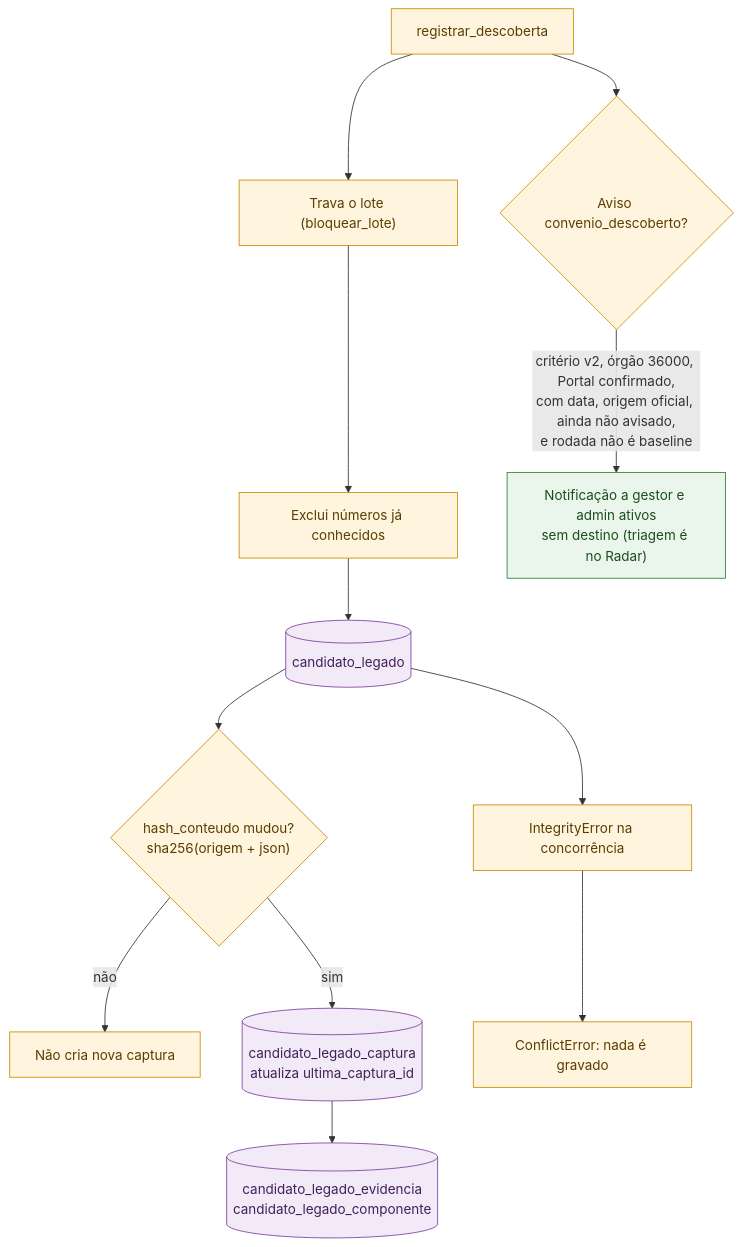
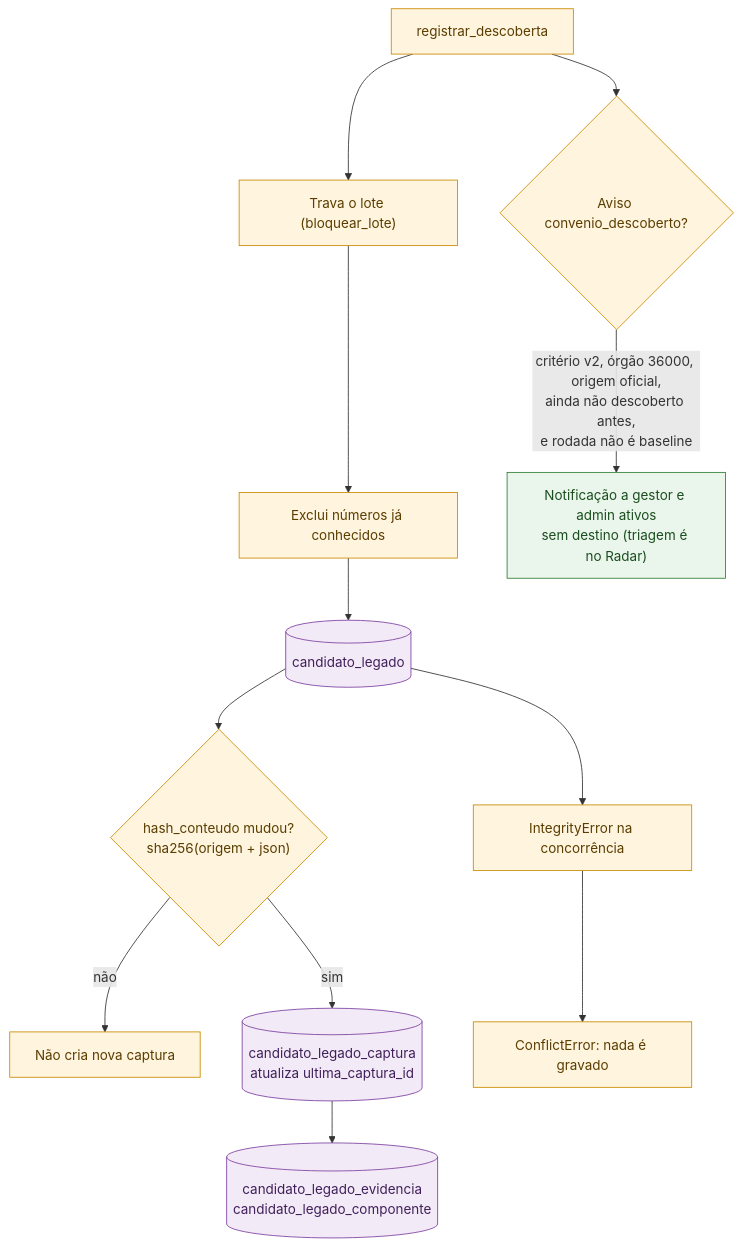
One commit to devs-ministerio/par_equipamentos changed the sixth of 20 diagrams in docs/mermaid/radar-instrumentos.md. Above: the diagram before and after it, drawn with Mermaid. The commit also changed other lines of this file and 13 other files, not shown here.

First line of the commit message:
feat(radar): candidato aparece sem esperar o Portal; aprovar segue travado

````diff
--- a/docs/mermaid/radar-instrumentos.md
+++ b/docs/mermaid/radar-instrumentos.md
@@ -155,17 +155,17 @@
 ```mermaid
 flowchart TB
     classDef dado fill:#F3EAF7,stroke:#7B3FA0,color:#40205a
     classDef regra fill:#FFF4DD,stroke:#C98A00,color:#5a3d00
     classDef aviso fill:#EAF6EC,stroke:#2E7D32,color:#1b4d1e
 
     REG["registrar_descoberta"]:::regra --> LOCK["Trava o lote (bloquear_lote)"]:::regra
     LOCK --> EXC["Exclui números já conhecidos"]:::regra
     EXC --> CAND[("candidato_legado")]:::dado
     CAND --> HASH{"hash_conteudo mudou?<br/>sha256(origem + json)"}:::regra
     HASH -->|"não"| MESMA["Não cria nova captura"]:::regra
     HASH -->|"sim"| CAP[("candidato_legado_captura<br/>atualiza ultima_captura_id")]:::dado
     CAP --> EVI[("candidato_legado_evidencia<br/>candidato_legado_componente")]:::dado
     REG --> AV{"Aviso convenio_descoberto?"}:::regra
-    AV -->|"critério v2, órgão 36000, Portal confirmado,<br/>com data, origem oficial, ainda não avisado,<br/>e rodada não é baseline"| N["Notificação a gestor e admin ativos<br/>sem destino (triagem é no Radar)"]:::aviso
+    AV -->|"critério v2, órgão 36000, origem oficial,<br/>ainda não descoberto antes,<br/>e rodada não é baseline"| N["Notificação a gestor e admin ativos<br/>sem destino (triagem é no Radar)"]:::aviso
     CAND --> IE["IntegrityError na concorrência"]:::regra --> C409["ConflictError: nada é gravado"]:::regra
 ```
````
